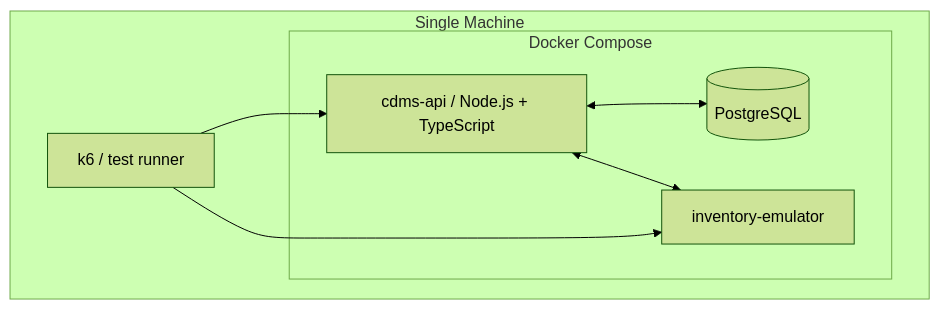
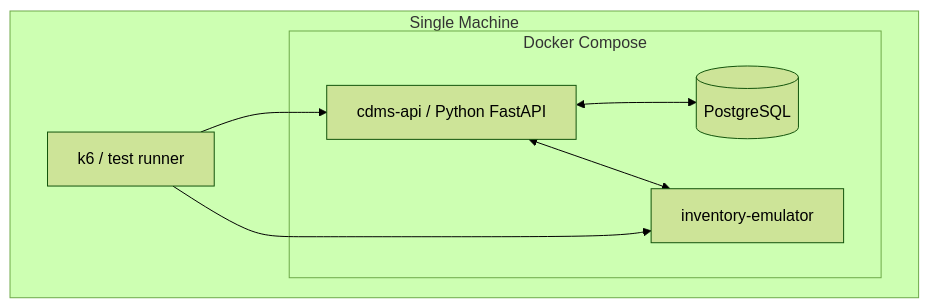
The second of 6 diagrams in ARCHITECTURE.md (pyhyper/change-data-management-service), drawn with Mermaid (forest theme) before and after one commit. The commit also changed other lines of this file and 4 other files, not shown here.

Commit message:
docs(disclosure): standardize backend architecture specification to pure Python and refine AI disclosure

````diff
--- a/ARCHITECTURE.md
+++ b/ARCHITECTURE.md
@@ -42,17 +42,17 @@
 ```mermaid
 flowchart TB
     subgraph HOST[Single Machine]
         subgraph DC[Docker Compose]
-            A[cdms-api / Node.js + TypeScript]
+            A[cdms-api / Python FastAPI]
             B[inventory-emulator]
             C[(PostgreSQL)]
         end
 
         K[k6 / test runner]
     end
 
     A <--> C
     A <--> B
     K --> A
     K --> B
 ```
````
